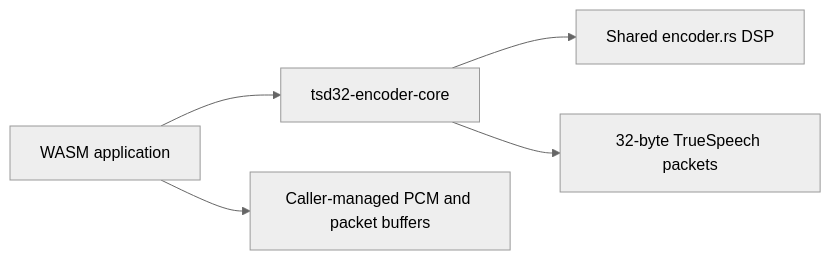
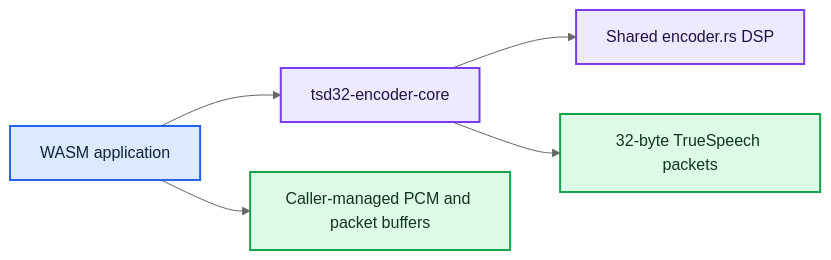
Before and after one commit to younsabood/truespeech: the diagram in docs/wasm.md, drawn with Mermaid (neutral theme). The commit also changed other lines of this file and 11 other files, not shown here.

````diff
--- a/docs/wasm.md
+++ b/docs/wasm.md
@@ -14,7 +22,14 @@
 ```mermaid
 flowchart LR
     App["WASM application"] --> Core["tsd32-encoder-core"]
     Core --> DSP["Shared encoder.rs DSP"]
     App --> Memory["Caller-managed PCM and packet buffers"]
     Core --> Packet["32-byte TrueSpeech packets"]
+
+    classDef app fill:#dbeafe,stroke:#2563eb,color:#10233f,stroke-width:2px
+    classDef core fill:#ede9fe,stroke:#7c3aed,color:#24134a,stroke-width:2px
+    classDef data fill:#dcfce7,stroke:#16a34a,color:#12351f,stroke-width:2px
+    class App app
+    class Core,DSP core
+    class Memory,Packet data
 ```
````
